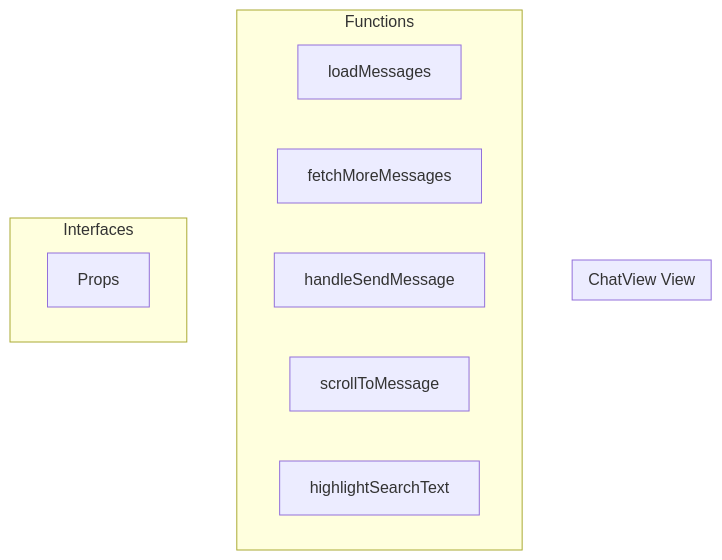
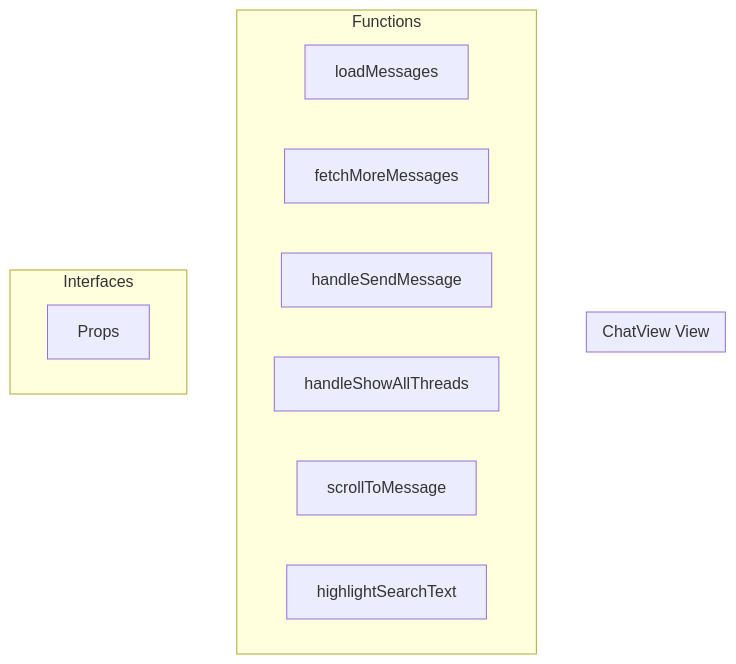
Before and after one commit to y4my4my4m/harmony: the diagram in docs/api/views/chatview.md, drawn with Mermaid. The commit also changed other lines of this file and 211 other files, not shown here.

````diff
--- a/docs/api/views/chatview.md
+++ b/docs/api/views/chatview.md
@@ -7,17 +7,18 @@
 ```mermaid
 graph TB
     subgraph "ChatView View"
     end
     
     subgraph "Functions"
         FN_LOADMESSAGES[loadMessages]
         FN_FETCHMOREMESSAGES[fetchMoreMessages]
         FN_HANDLESENDMESSAGE[handleSendMessage]
+        FN_HANDLESHOWALLTHREADS[handleShowAllThreads]
         FN_SCROLLTOMESSAGE[scrollToMessage]
         FN_HIGHLIGHTSEARCHTEXT[highlightSearchText]
     end
     
     subgraph "Interfaces"
         INT_PROPS[Props]
     end
 ```
````
